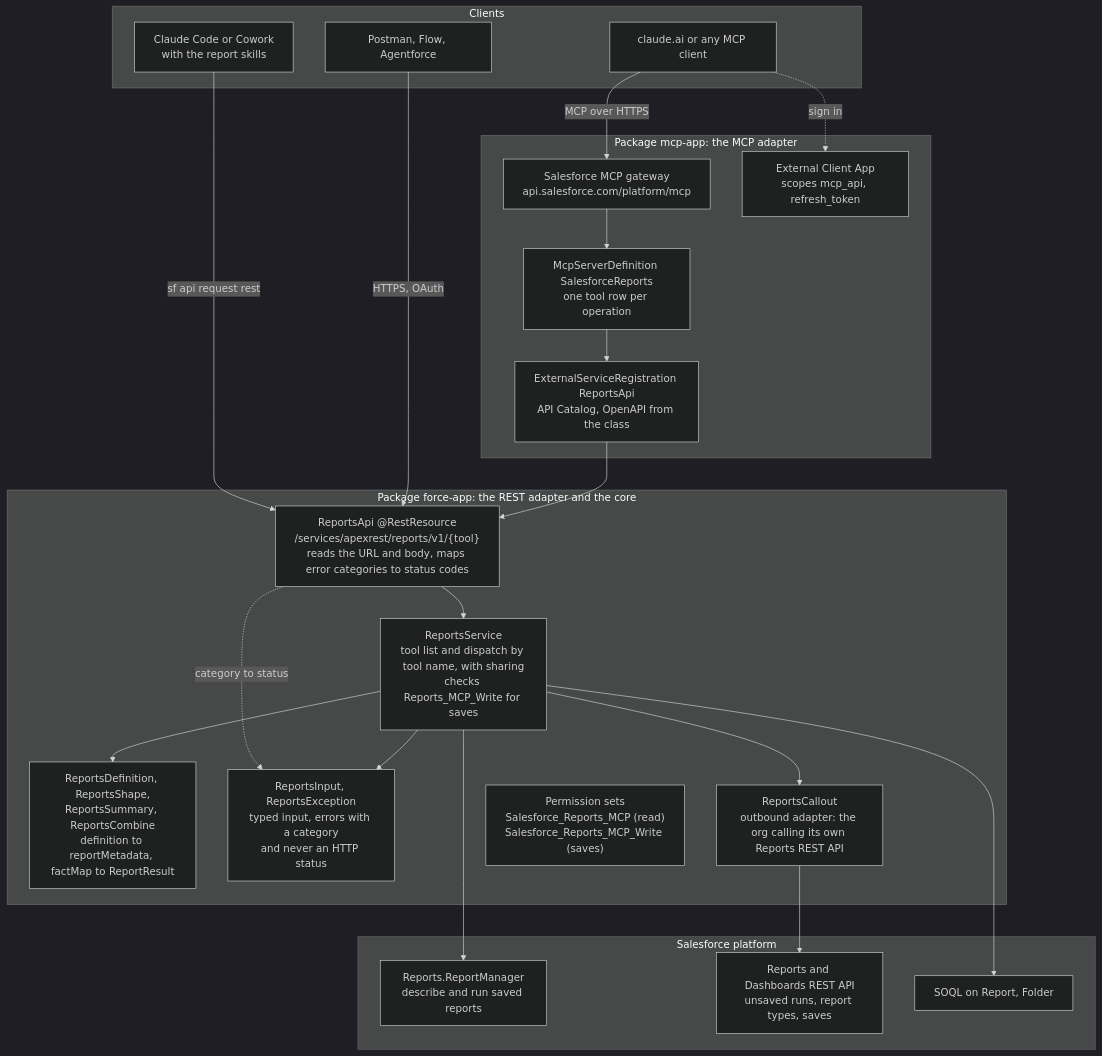
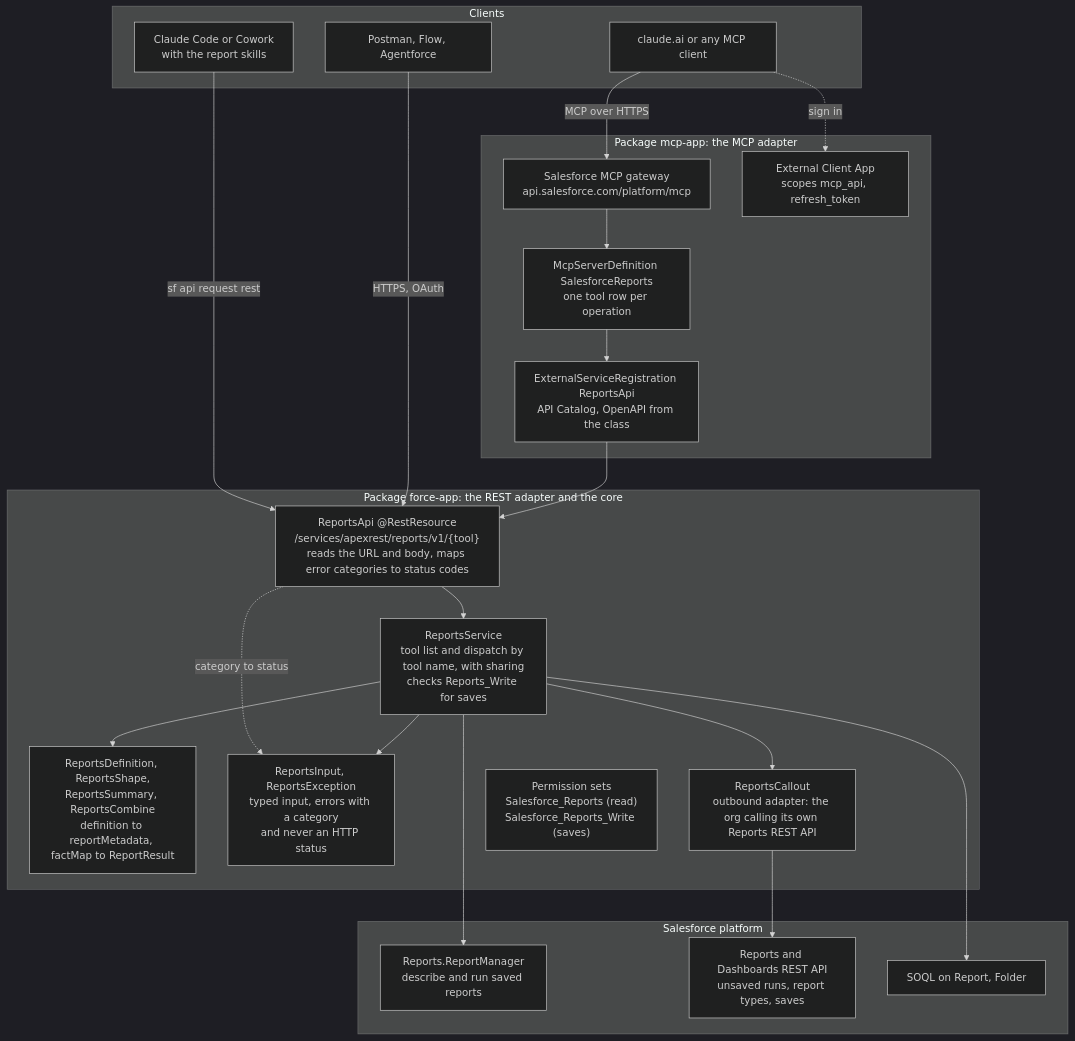
One commit to nelsben/salesforce-reports-mcp changed the first of 5 diagrams in docs/architecture.md. Above: the diagram before and after it, drawn with Mermaid (dark theme). The commit also changed other lines of this file and 25 other files, not shown here.

First line of the commit message:
salesforce: name the permissions for the capability, not the door

````diff
--- a/docs/architecture.md
+++ b/docs/architecture.md
@@ -21,43 +21,43 @@
 ```mermaid
 flowchart TB
   subgraph clients [Clients]
     CC["Claude Code or Cowork<br/>with the report skills"]
     AI["claude.ai or any MCP client"]
     HTTP["Postman, Flow, Agentforce"]
   end
 
   subgraph mcpapp [Package mcp-app: the MCP adapter]
     GW["Salesforce MCP gateway<br/>api.salesforce.com/platform/mcp"]
     DEF["McpServerDefinition SalesforceReports<br/>one tool row per operation"]
     ESR["ExternalServiceRegistration ReportsApi<br/>API Catalog, OpenAPI from the class"]
     ECA["External Client App<br/>scopes mcp_api, refresh_token"]
   end
 
   subgraph forceapp [Package force-app: the REST adapter and the core]
     API["ReportsApi @RestResource<br/>/services/apexrest/reports/v1/{tool}<br/>reads the URL and body, maps error categories to status codes"]
-    SVC["ReportsService<br/>tool list and dispatch by tool name, with sharing<br/>checks Reports_MCP_Write for saves"]
+    SVC["ReportsService<br/>tool list and dispatch by tool name, with sharing<br/>checks Reports_Write for saves"]
     SHAPE["ReportsDefinition, ReportsShape,<br/>ReportsSummary, ReportsCombine<br/>definition to reportMetadata, factMap to ReportResult"]
     ERR["ReportsInput, ReportsException<br/>typed input, errors with a category<br/>and never an HTTP status"]
     CALL["ReportsCallout<br/>outbound adapter: the org calling its own Reports REST API"]
-    PS["Permission sets<br/>Salesforce_Reports_MCP (read)<br/>Salesforce_Reports_MCP_Write (saves)"]
+    PS["Permission sets<br/>Salesforce_Reports (read)<br/>Salesforce_Reports_Write (saves)"]
   end
 
   subgraph platform [Salesforce platform]
     RM["Reports.ReportManager<br/>describe and run saved reports"]
     REST["Reports and Dashboards REST API<br/>unsaved runs, report types, saves"]
     SOQL["SOQL on Report, Folder"]
   end
 
   CC -->|sf api request rest| API
   HTTP -->|HTTPS, OAuth| API
   AI -->|MCP over HTTPS| GW
   GW --> DEF --> ESR --> API
   AI -.->|sign in| ECA
   API --> SVC
   API -.->|category to status| ERR
   SVC --> SHAPE
   SVC --> ERR
   SVC --> RM
   SVC --> SOQL
   SVC --> CALL --> REST
 ```
````
